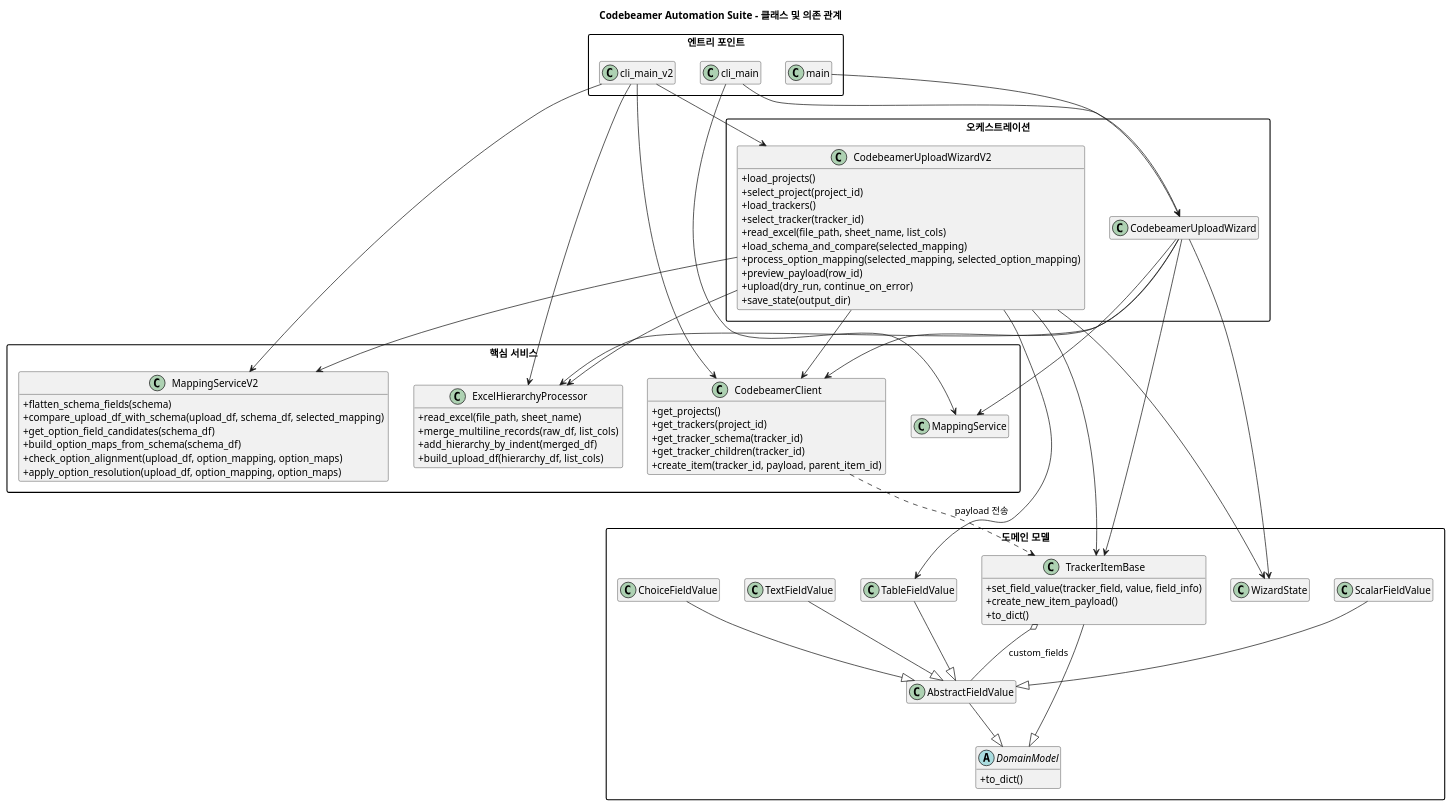
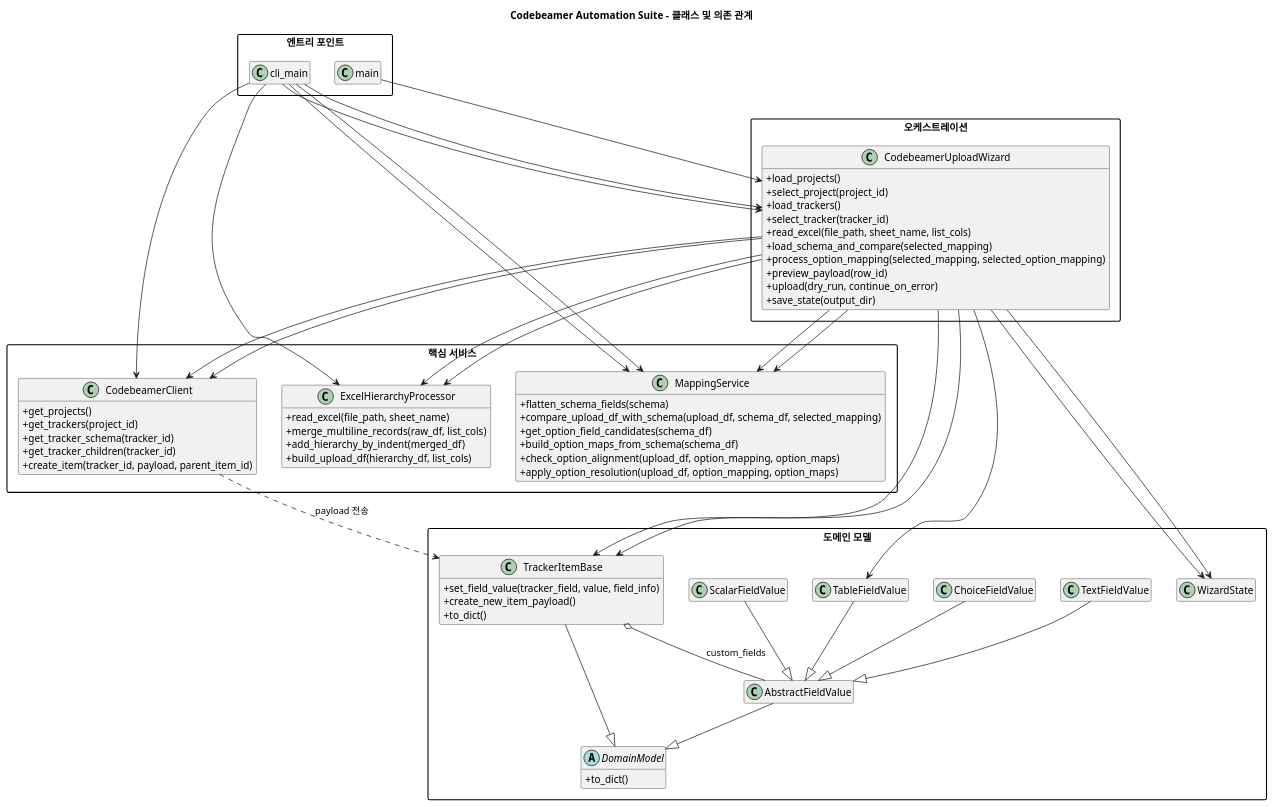
The diagram in docs/class-diagram.puml (H-Wol/codebeamer-automation-suite), drawn with PlantUML before and after one commit. The commit also changed 13 other files, not shown here.

First line of the commit message:
refactor: CodebeamerUploadWizard 가독성 및 유지보수성 개선

```diff
--- a/docs/class-diagram.puml
+++ b/docs/class-diagram.puml
@@ -1,107 +1,107 @@
 @startuml
 skinparam classAttributeIconSize 0
 skinparam packageStyle rectangle
 hide empty members
 
 title Codebeamer Automation Suite - 클래스 및 의존 관계
 
 package "엔트리 포인트" {
-  class cli_main_v2
+  class cli_main
   class cli_main
   class main
 }
 
 package "핵심 서비스" {
   class CodebeamerClient {
     +get_projects()
     +get_trackers(project_id)
     +get_tracker_schema(tracker_id)
     +get_tracker_children(tracker_id)
     +create_item(tracker_id, payload, parent_item_id)
   }
 
   class ExcelHierarchyProcessor {
     +read_excel(file_path, sheet_name)
     +merge_multiline_records(raw_df, list_cols)
     +add_hierarchy_by_indent(merged_df)
     +build_upload_df(hierarchy_df, list_cols)
   }
 
   class MappingService
-  class MappingServiceV2 {
+  class MappingService {
     +flatten_schema_fields(schema)
     +compare_upload_df_with_schema(upload_df, schema_df, selected_mapping)
     +get_option_field_candidates(schema_df)
     +build_option_maps_from_schema(schema_df)
     +check_option_alignment(upload_df, option_mapping, option_maps)
     +apply_option_resolution(upload_df, option_mapping, option_maps)
   }
 }
 
 package "오케스트레이션" {
   class CodebeamerUploadWizard
-  class CodebeamerUploadWizardV2 {
+  class CodebeamerUploadWizard {
     +load_projects()
     +select_project(project_id)
     +load_trackers()
     +select_tracker(tracker_id)
     +read_excel(file_path, sheet_name, list_cols)
     +load_schema_and_compare(selected_mapping)
     +process_option_mapping(selected_mapping, selected_option_mapping)
     +preview_payload(row_id)
     +upload(dry_run, continue_on_error)
     +save_state(output_dir)
   }
 }
 
 package "도메인 모델" {
   abstract class DomainModel {
     +to_dict()
   }
 
   class TrackerItemBase {
     +set_field_value(tracker_field, value, field_info)
     +create_new_item_payload()
     +to_dict()
   }
 
   class AbstractFieldValue
   class TextFieldValue
   class ChoiceFieldValue
   class TableFieldValue
   class ScalarFieldValue
   class WizardState
 }
 
-cli_main_v2 --> CodebeamerUploadWizardV2
-cli_main_v2 --> MappingServiceV2
-cli_main_v2 --> ExcelHierarchyProcessor
-cli_main_v2 --> CodebeamerClient
+cli_main --> CodebeamerUploadWizard
+cli_main --> MappingService
+cli_main --> ExcelHierarchyProcessor
+cli_main --> CodebeamerClient
 
 cli_main --> CodebeamerUploadWizard
 cli_main --> MappingService
 main --> CodebeamerUploadWizard
 
-CodebeamerUploadWizardV2 --> CodebeamerClient
-CodebeamerUploadWizardV2 --> ExcelHierarchyProcessor
-CodebeamerUploadWizardV2 --> MappingServiceV2
-CodebeamerUploadWizardV2 --> WizardState
-CodebeamerUploadWizardV2 --> TrackerItemBase
-CodebeamerUploadWizardV2 --> TableFieldValue
+CodebeamerUploadWizard --> CodebeamerClient
+CodebeamerUploadWizard --> ExcelHierarchyProcessor
+CodebeamerUploadWizard --> MappingService
+CodebeamerUploadWizard --> WizardState
+CodebeamerUploadWizard --> TrackerItemBase
+CodebeamerUploadWizard --> TableFieldValue
 
 CodebeamerUploadWizard --> CodebeamerClient
 CodebeamerUploadWizard --> ExcelHierarchyProcessor
 CodebeamerUploadWizard --> MappingService
 CodebeamerUploadWizard --> WizardState
 CodebeamerUploadWizard --> TrackerItemBase
 
 TrackerItemBase --|> DomainModel
 AbstractFieldValue --|> DomainModel
 TextFieldValue --|> AbstractFieldValue
 ChoiceFieldValue --|> AbstractFieldValue
 TableFieldValue --|> AbstractFieldValue
 ScalarFieldValue --|> AbstractFieldValue
 
 TrackerItemBase o-- AbstractFieldValue : custom_fields
 CodebeamerClient ..> TrackerItemBase : payload 전송
 @enduml
```
